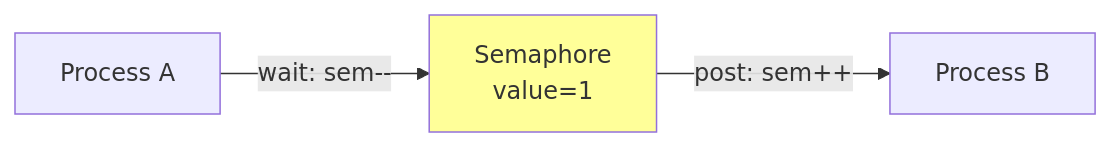
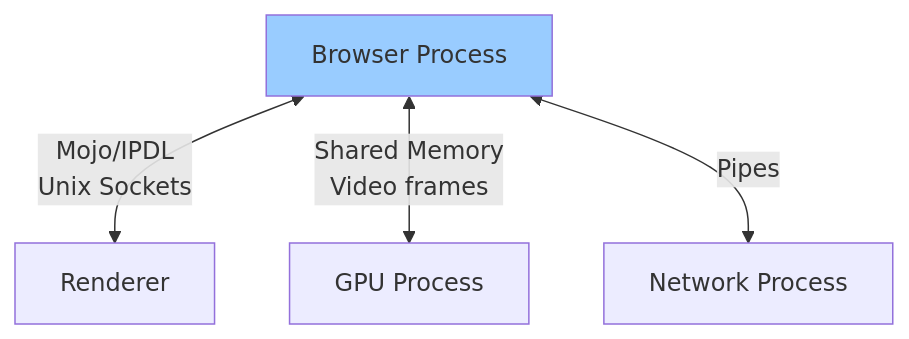
One commit to MoussaabBadla/interprocess-communication changed the fourth of 6 diagrams in ipc_crash_course.md. Above: the diagram before and after it, drawn with Mermaid. The commit also changed other lines of this file, not shown here.

````diff
--- a/ipc_crash_course.md
+++ b/ipc_crash_course.md
@@ -1386,7 +476,8 @@
 ```mermaid
-graph LR
-    A[Process A] -->|wait: sem--| S[Semaphore<br/>value=1]
-    S -->|post: sem++| B[Process B]
+graph TB
+    Browser[Browser Process] <-->|Mojo/IPDL<br/>Unix Sockets| Renderer[Renderer]
+    Browser <-->|Shared Memory<br/>Video frames| GPU[GPU Process]
+    Browser <-->|Pipes| Network[Network Process]
 
-    style S fill:#ff9
+    style Browser fill:#9cf
 ```
````
